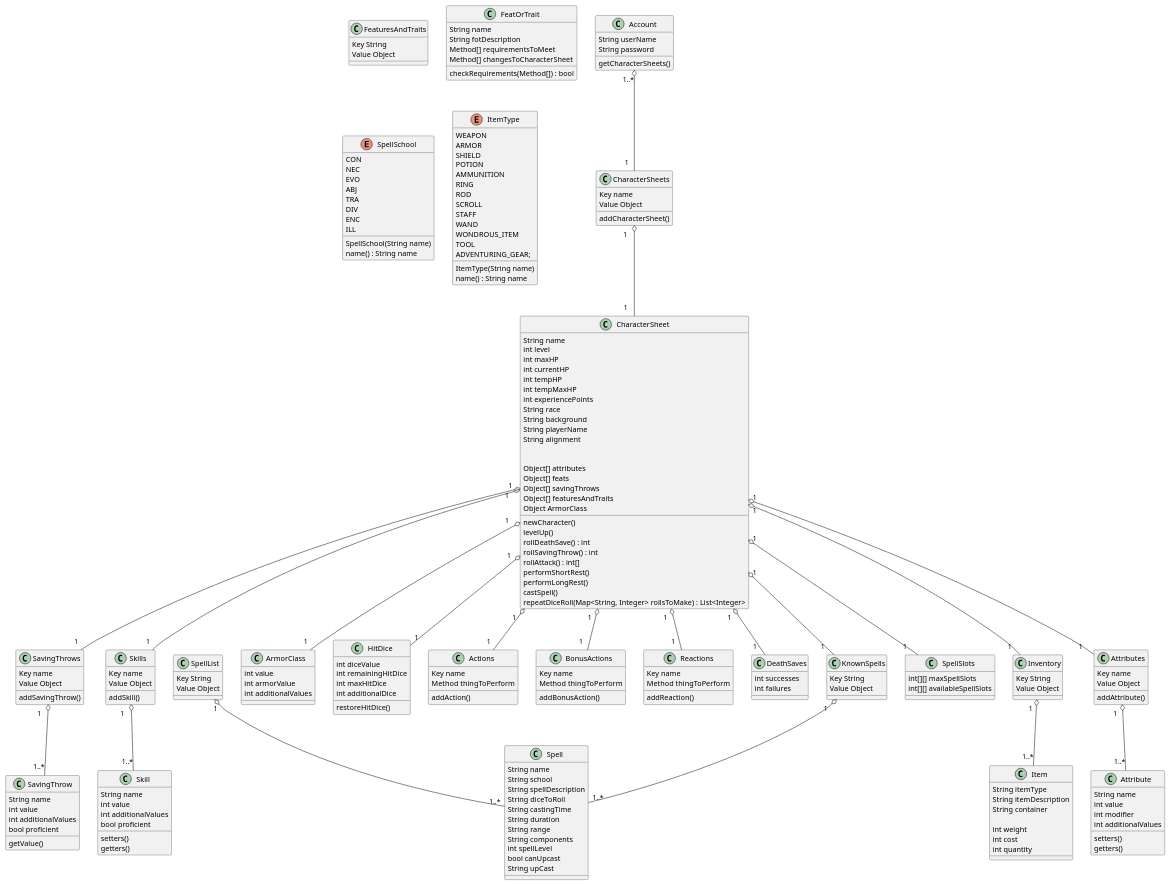
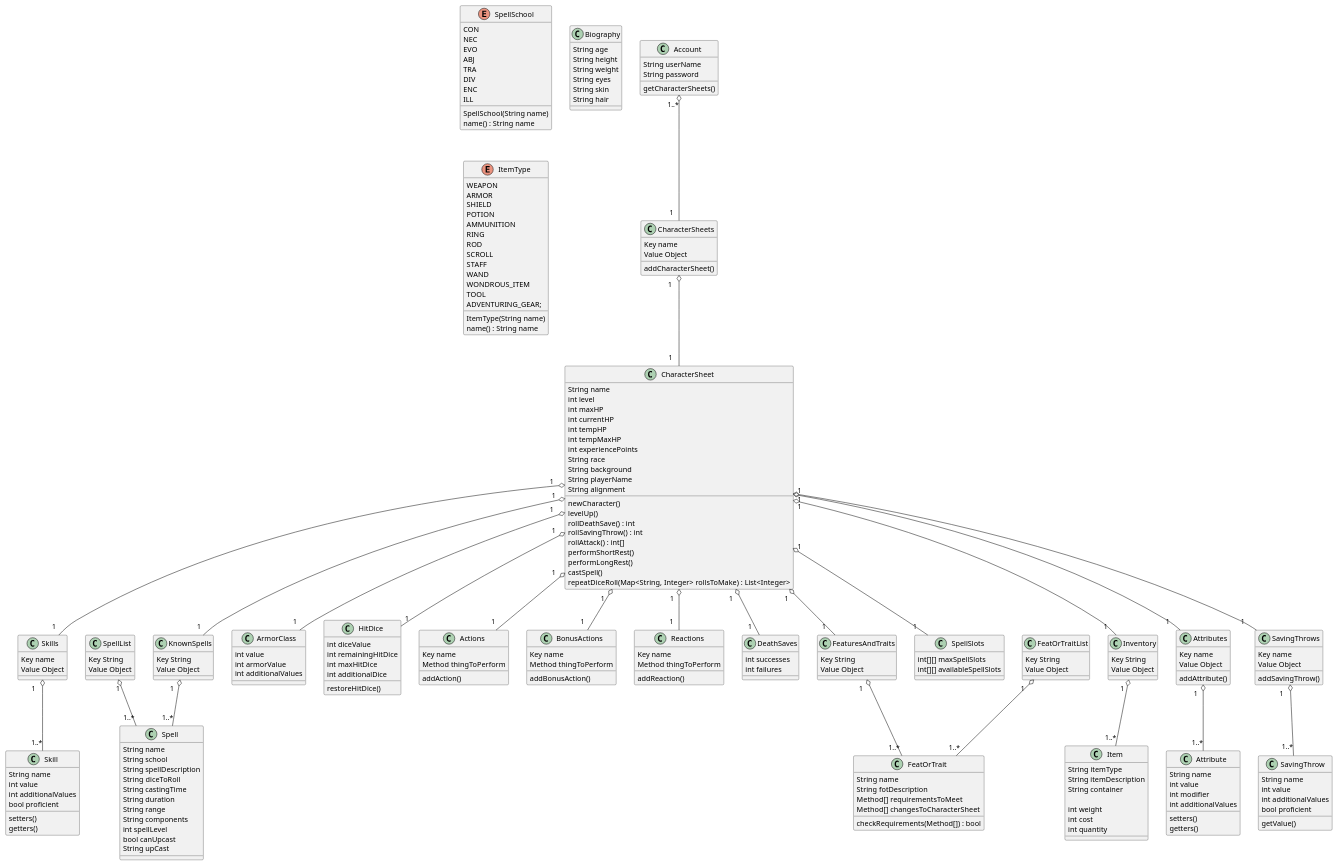
One commit to itsbett/Blindsight changed the diagram in app/src/main/java/edu/uhcl/blindsight/CharacterSheet.puml. Above: the diagram before and after it, drawn with PlantUML. The commit also changed 1 other file, not shown here.

```diff
--- a/app/src/main/java/edu/uhcl/blindsight/CharacterSheet.puml
+++ b/app/src/main/java/edu/uhcl/blindsight/CharacterSheet.puml
@@ -19,9 +19,13 @@
 CharacterSheet "1   " o-- "1   " KnownSpells
 CharacterSheet "1   " o-- "1   " SpellSlots
 CharacterSheet "1   " o-- "1   " Inventory
+CharacterSheet "1   " o-- "1   " FeaturesAndTraits
 SpellList "1" o-- "1..*" Spell
 KnownSpells "1   " o-- "1..*" Spell
 Inventory "1  " o-- "1..*" Item
+FeaturesAndTraits "1   " o-- "1..*" FeatOrTrait
+FeatOrTraitList "1   " o-- "1..*" FeatOrTrait
+
 
 class Account {
 String userName
@@ -49,12 +53,6 @@
 String playerName
 String alignment
 
-
-Object[] attributes
-Object[] feats
-Object[] savingThrows
-Object[] featuresAndTraits
-Object ArmorClass
 
 
 newCharacter()
@@ -123,7 +121,6 @@
 Key name
 Value Object
 
-addSkill()
 }
 
 class Skill {
@@ -191,6 +188,11 @@
 String upCast
 }
 
+class FeatOrTraitList {
+Key String
+Value Object
+}
+
 class SpellList {
 Key String
 Value Object
@@ -230,6 +232,16 @@
 name() : String name
 }
 
+class Biography {
+String age
+String height
+String weight
+String eyes
+String skin
+String hair
+
+
+}
 enum ItemType {
 WEAPON
 ARMOR
```
